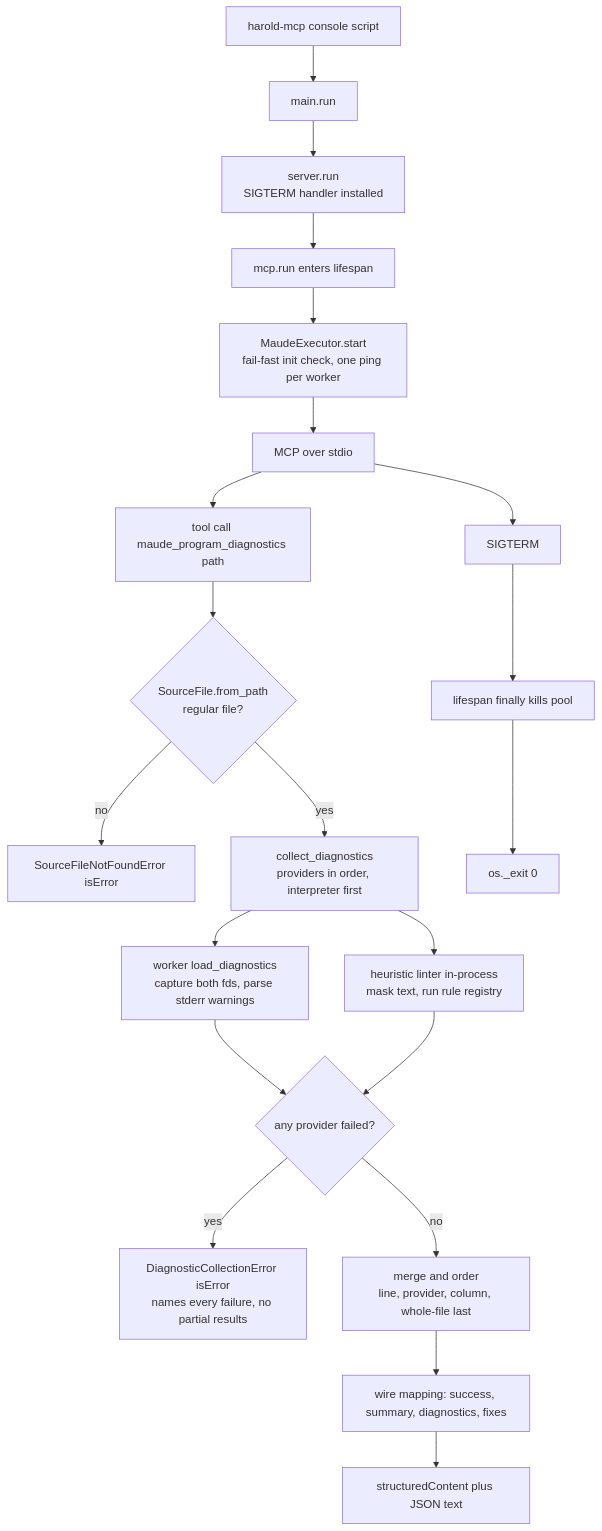
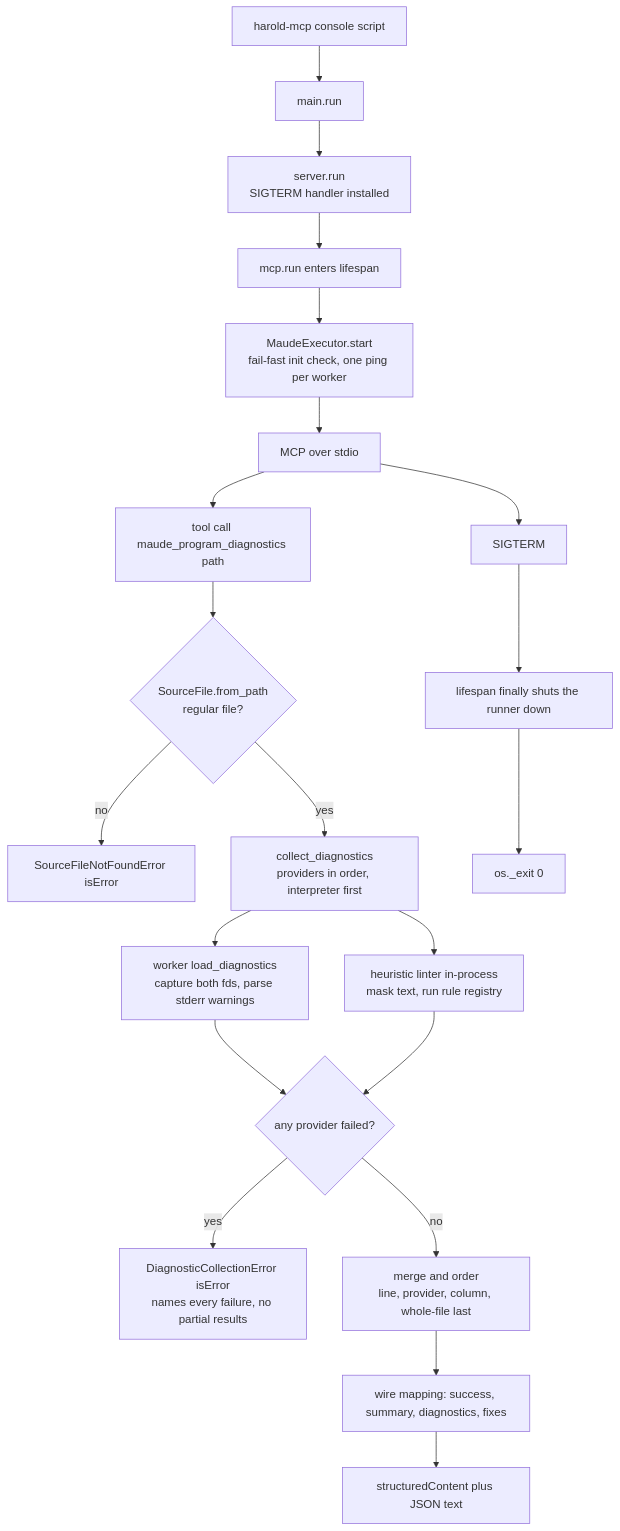
The first of 3 diagrams in harold-mcp/.agents/summary/workflows.md (demiourgoi/Harold), drawn with Mermaid before and after one commit. The commit also changed other lines of this file and 17 other files, not shown here.

````diff
--- a/harold-mcp/.agents/summary/workflows.md
+++ b/harold-mcp/.agents/summary/workflows.md
@@ -38,23 +39,23 @@
 ```mermaid
 flowchart TD
     A[harold-mcp console script] --> B[main.run]
     B --> C[server.run<br>SIGTERM handler installed]
     C --> D[mcp.run enters lifespan]
     D --> E[MaudeExecutor.start<br>fail-fast init check, one ping per worker]
     E --> F[MCP over stdio]
     F --> G[tool call maude_program_diagnostics path]
     G --> H{SourceFile.from_path<br>regular file?}
     H -->|no| I[SourceFileNotFoundError isError]
     H -->|yes| J[collect_diagnostics<br>providers in order, interpreter first]
     J --> K[worker load_diagnostics<br>capture both fds, parse stderr warnings]
     J --> L[heuristic linter in-process<br>mask text, run rule registry]
     K --> M{any provider failed?}
     L --> M
     M -->|yes| N[DiagnosticCollectionError isError<br>names every failure, no partial results]
     M -->|no| O[merge and order<br>line, provider, column, whole-file last]
     O --> P[wire mapping: success, summary, diagnostics, fixes]
     P --> Q[structuredContent plus JSON text]
     F --> R[SIGTERM]
-    R --> S[lifespan finally kills pool]
+    R --> S[lifespan finally shuts the runner down]
     S --> T[os._exit 0]
 ```
````
